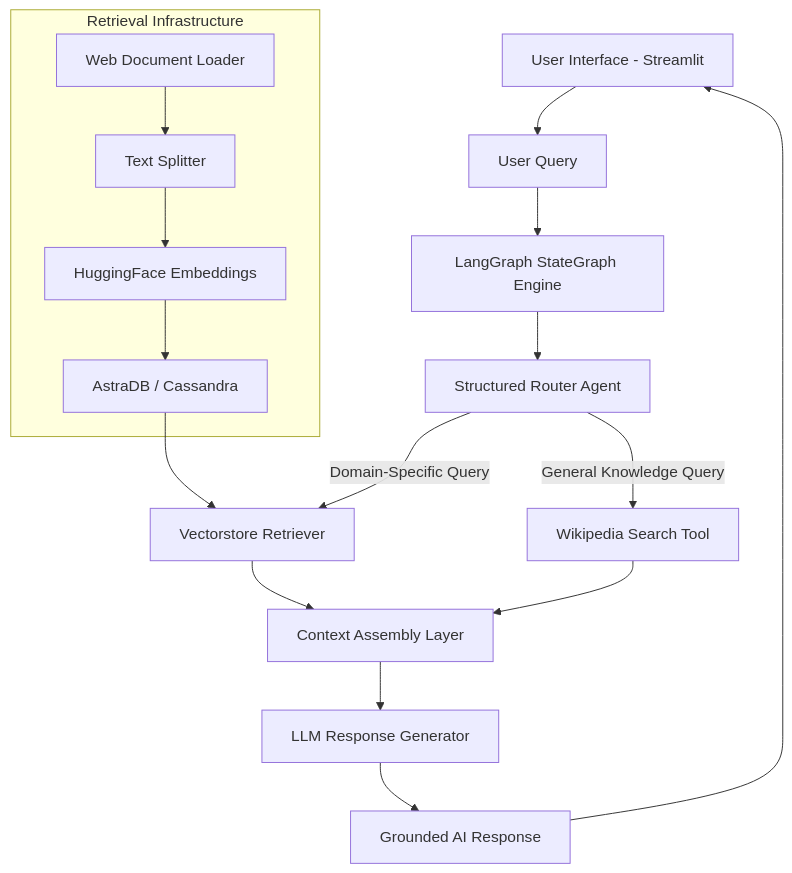
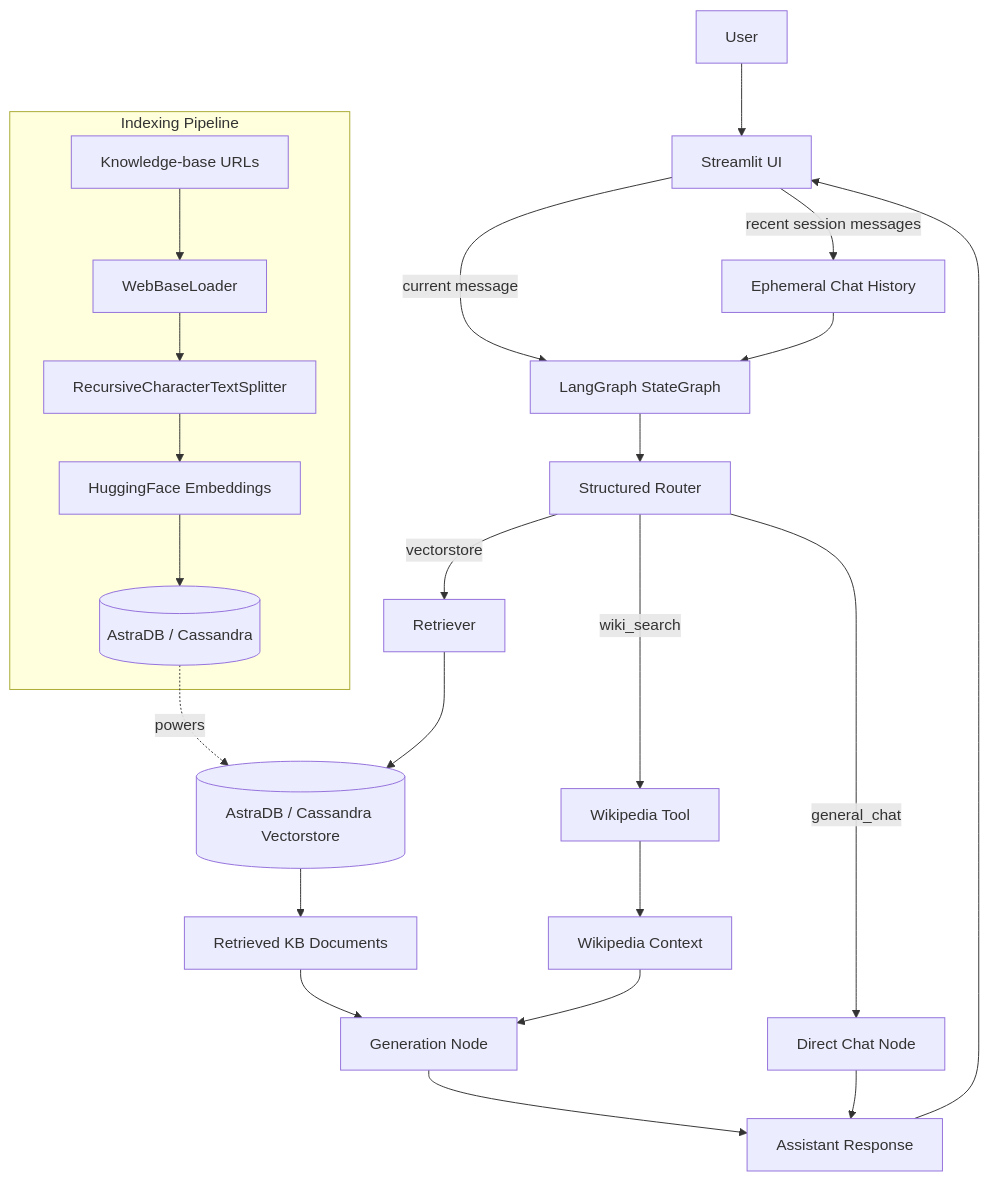
Before and after one commit to priyanshjain117/Multi-Ai-RAG-Chatbot: the first of 5 diagrams in README.md, drawn with Mermaid. The commit also changed other lines of this file, not shown here.

`````diff
--- a/README.md
+++ b/README.md
@@ -45,36 +65,33 @@
 ```mermaid
 flowchart TD
+    U[User] --> UI[Streamlit UI]
+    UI -->|current message| G[LangGraph StateGraph]
+    UI -->|recent session messages| H[Ephemeral Chat History]
+    H --> G
 
-    User[User Interface - Streamlit] --> Query[User Query]
+    G --> R[Structured Router]
+    R -->|vectorstore| V[Retriever]
+    R -->|wiki_search| W[Wikipedia Tool]
+    R -->|general_chat| C[Direct Chat Node]
 
-    Query --> Graph[LangGraph StateGraph Engine]
+    V --> KB[(AstraDB / Cassandra Vectorstore)]
+    KB --> D[Retrieved KB Documents]
+    W --> WD[Wikipedia Context]
 
-    Graph --> Router[Structured Router Agent]
+    D --> GEN[Generation Node]
+    WD --> GEN
+    C --> OUT[Assistant Response]
+    GEN --> OUT
+    OUT --> UI
 
-    Router -->|Domain-Specific Query| Retriever[Vectorstore Retriever]
-
-    Router -->|General Knowledge Query| Wiki[Wikipedia Search Tool]
-
-    Retriever --> Context[Context Assembly Layer]
-
-    Wiki --> Context
-
-    Context --> Generator[LLM Response Generator]
-
-    Generator --> Response[Grounded AI Response]
-
-    Response --> User
-
-
-    subgraph Retrieval Infrastructure
-        Loader[Web Document Loader]
-        Splitter[Text Splitter]
-        Embedder[HuggingFace Embeddings]
-        VectorDB[AstraDB / Cassandra]
+    subgraph IDX[Indexing Pipeline]
+        URLS[Knowledge-base URLs]
+        LOAD[WebBaseLoader]
+        SPLIT[RecursiveCharacterTextSplitter]
+        EMB[HuggingFace Embeddings]
+        STORE[(AstraDB / Cassandra)]
+        URLS --> LOAD --> SPLIT --> EMB --> STORE
     end
 
-    Loader --> Splitter
-    Splitter --> Embedder
-    Embedder --> VectorDB
-    VectorDB --> Retriever
-````
+    STORE -. powers .-> KB
+```
`````
